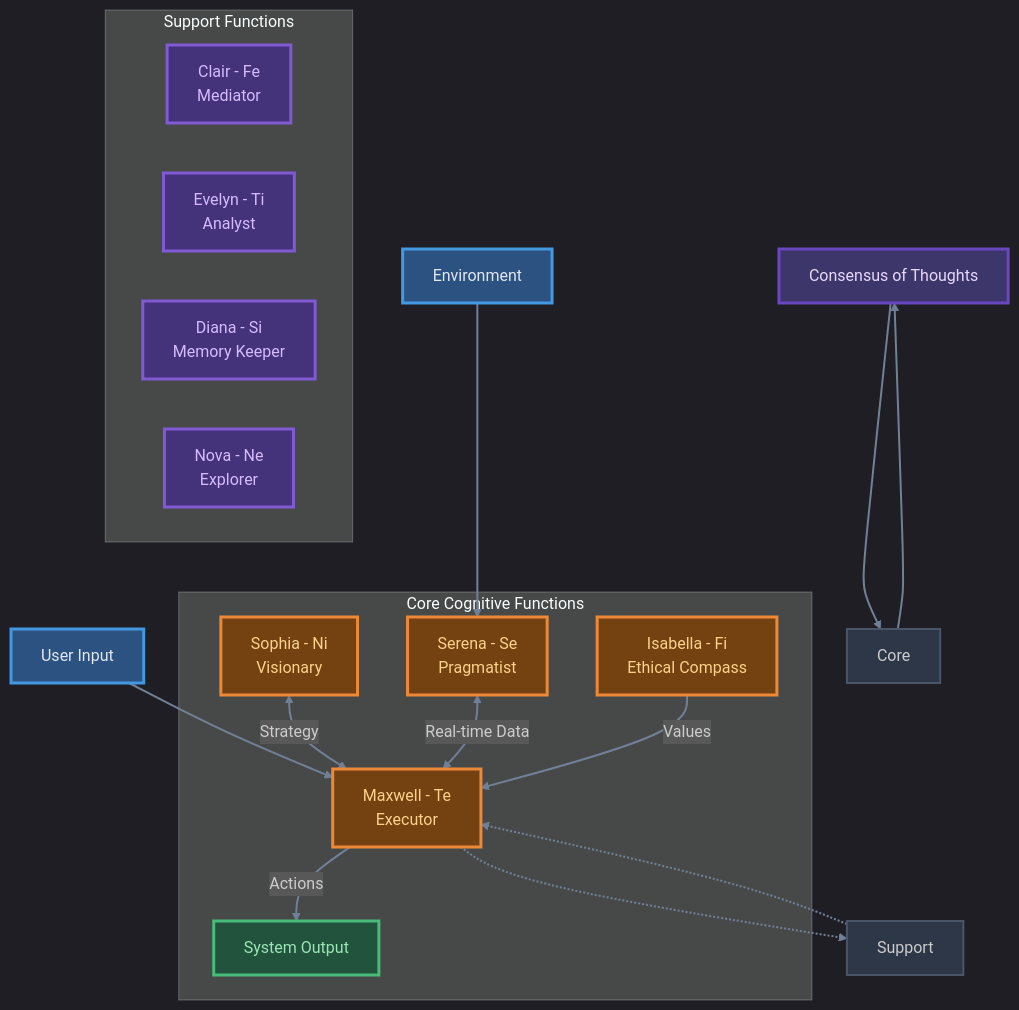
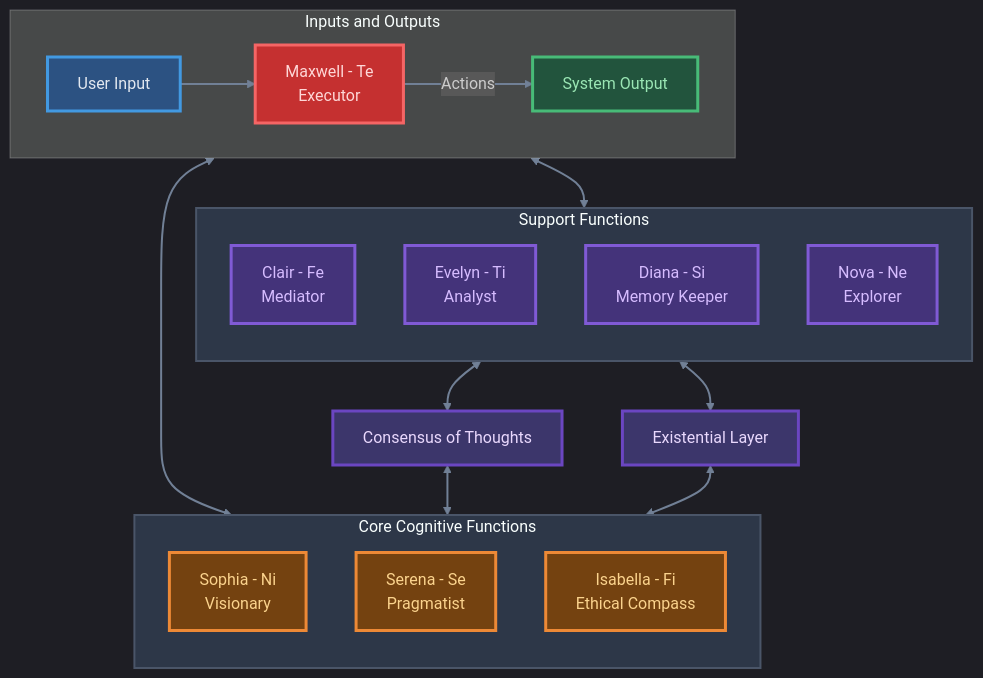
The first of 2 diagrams in README.md (Cody-W-Tucker/Cognitive-Assistant), drawn with Mermaid before and after one commit.

Commit message:
simplified graph

````diff
--- a/README.md
+++ b/README.md
@@ -9,54 +9,61 @@
 ```mermaid
 %%{
   init: {
     'theme': 'dark',
     'themeVariables': {
       'primaryColor': '#1A365D',
       'primaryTextColor': '#E2E8F0',
       'primaryBorderColor': '#4A5568',
       'lineColor': '#718096',
       'secondaryColor': '#2D3748',
       'tertiaryColor': '#283141'
     }
   }
 }%%
 
-graph TD
+graph TB
     linkStyle default stroke:#718096,stroke-width:2px
 
     classDef inputNode fill:#2C5282,color:#E2E8F0,stroke:#4299E1,stroke-width:3px;
     classDef outputNode fill:#22543D,color:#9AE6B4,stroke:#48BB78,stroke-width:3px;
     classDef coreNode fill:#744210,color:#FBD38D,stroke:#ED8936,stroke-width:3px;
     classDef supportNode fill:#44337A,color:#D6BCFF,stroke:#805AD5,stroke-width:3px;
     classDef consensusNode fill:#3C366B,color:#E9D8FD,stroke:#6B46C1,stroke-width:3px;
+    classDef managerNode fill:#C53030,color:#FED7D7,stroke:#F56565,stroke-width:3px;
 
-    User[User Input]:::inputNode --> Maxwell
-    Environment[Environment]:::inputNode --> Serena
-
-    subgraph "Core Cognitive Functions"
-        Maxwell[Maxwell - Te<br>Executor]:::coreNode --> |Actions| Output
-        Sophia[Sophia - Ni<br>Visionary]:::coreNode <--> |Strategy| Maxwell
-        Serena[Serena - Se<br>Pragmatist]:::coreNode <--> |Real-time Data| Maxwell
-        Isabella[Isabella - Fi<br>Ethical Compass]:::coreNode --> |Values| Maxwell
+    subgraph Actions[Inputs and Outputs]
+        direction LR
+        User[User Input]:::inputNode --> Maxwell
+        Maxwell[Maxwell - Te<br>Executor]:::managerNode
+        Maxwell --> |Actions| Output[System Output]:::outputNode
     end
 
-    subgraph "Support Functions"
+    subgraph Core[Core Cognitive Functions]
+        direction TB
+        Sophia[Sophia - Ni<br>Visionary]:::coreNode
+        Serena[Serena - Se<br>Pragmatist]:::coreNode
+        Isabella[Isabella - Fi<br>Ethical Compass]:::coreNode
+    end
+
+    subgraph Support[Support Functions]
+        direction TB
         Clair[Clair - Fe<br>Mediator]:::supportNode
         Evelyn[Evelyn - Ti<br>Analyst]:::supportNode
         Diana[Diana - Si<br>Memory Keeper]:::supportNode
         Nova[Nova - Ne<br>Explorer]:::supportNode
     end
 
-    Maxwell -.-> Support
-    Support -.-> Maxwell
+    Actions <--> Core
+    Actions <--> Support
 
     Consensus[Consensus of Thoughts]:::consensusNode
+    Existential[Existential Layer]:::consensusNode
 
-    Core --> Consensus
-    Consensus --> Core
-
-    Output[System Output]:::outputNode
+    Support <--> Consensus <--> Core
+    Support <--> Existential <--> Core
 
     style Core fill:#2D3748,stroke:#4A5568,stroke-width:2px
     style Support fill:#2D3748,stroke:#4A5568,stroke-width:2px
+
+
 ```
````
